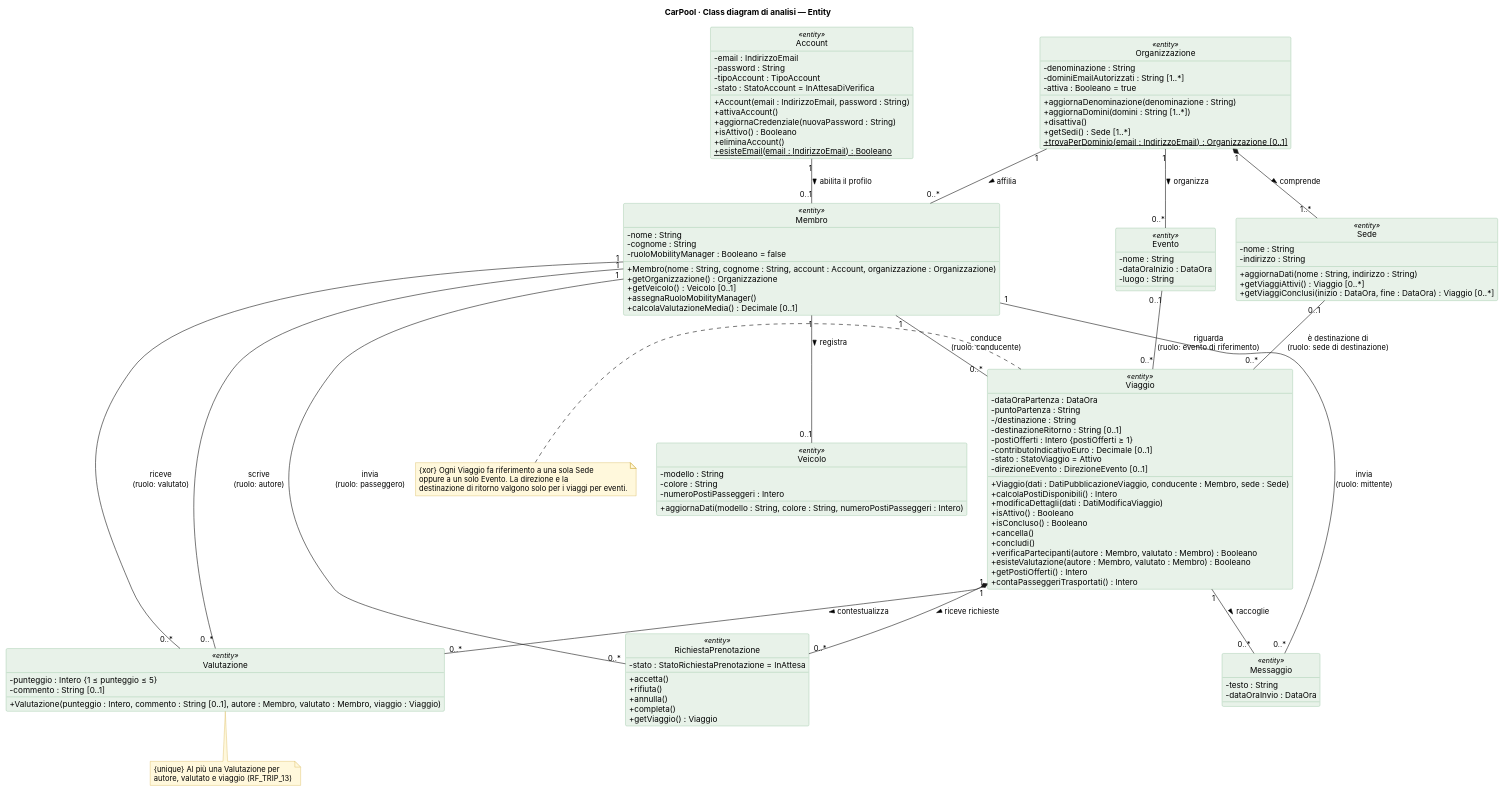
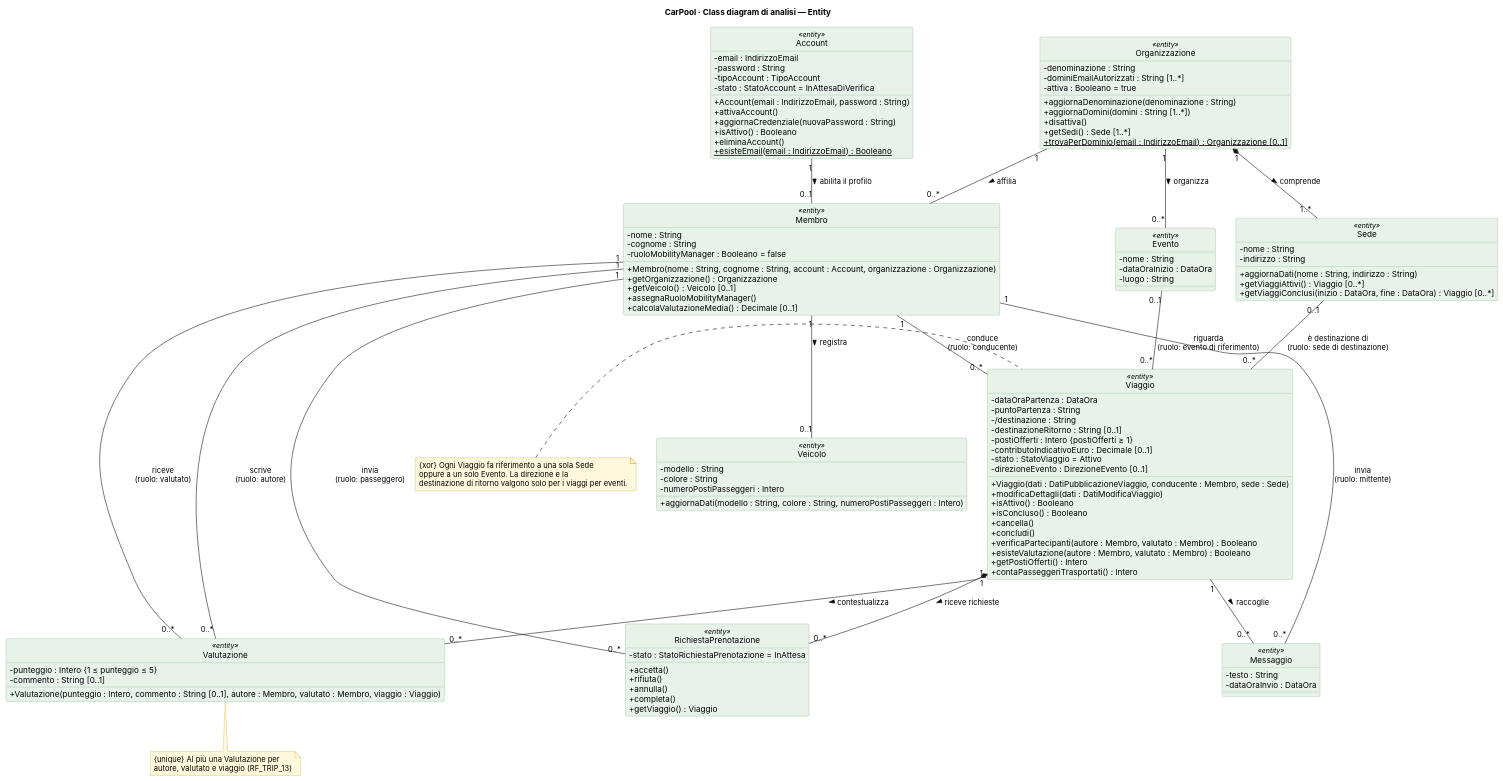
The diagram in docs/modelli/CD_CP_01_Entity.puml (CarPool-C03/CarPool), drawn with PlantUML before and after one commit. The commit also changed 25 other files, not shown here.

```diff
--- a/docs/modelli/CD_CP_01_Entity.puml
+++ b/docs/modelli/CD_CP_01_Entity.puml
@@ -1,142 +1,141 @@
 @startuml CD_CP_01
 ' CarPool · Class diagram di analisi — Entity
 ' Modello del dominio aggiornato a SD_CP_01–06 (operazioni statiche con {static} = sottolineate)
 skinparam shadowing false
 skinparam defaultFontName Inter
 skinparam classAttributeIconSize 0
 skinparam class {
   BackgroundColor<<entity>> #E8F2E9
   BorderColor<<entity>> #79B184
 }
 skinparam note {
   BackgroundColor #FFF8DC
   BorderColor #C9A227
 }
 hide circle
 title CarPool · Class diagram di analisi — Entity
 
 class Organizzazione <<entity>> {
   - denominazione : String
   - dominiEmailAutorizzati : String [1..*]
   - attiva : Booleano = true
   + aggiornaDenominazione(denominazione : String)
   + aggiornaDomini(domini : String [1..*])
   + disattiva()
   + getSedi() : Sede [1..*]
   + {static} trovaPerDominio(email : IndirizzoEmail) : Organizzazione [0..1]
 }
 
 class Evento <<entity>> {
   - nome : String
   - dataOraInizio : DataOra
   - luogo : String
 }
 
 class Account <<entity>> {
   - email : IndirizzoEmail
   - password : String
   - tipoAccount : TipoAccount
   - stato : StatoAccount = InAttesaDiVerifica
   + Account(email : IndirizzoEmail, password : String)
   + attivaAccount()
   + aggiornaCredenziale(nuovaPassword : String)
   + isAttivo() : Booleano
   + eliminaAccount()
   + {static} esisteEmail(email : IndirizzoEmail) : Booleano
 }
 
 class Sede <<entity>> {
   - nome : String
   - indirizzo : String
   + aggiornaDati(nome : String, indirizzo : String)
   + getViaggiAttivi() : Viaggio [0..*]
   + getViaggiConclusi(inizio : DataOra, fine : DataOra) : Viaggio [0..*]
 }
 
 class Membro <<entity>> {
   - nome : String
   - cognome : String
   - ruoloMobilityManager : Booleano = false
   + Membro(nome : String, cognome : String, account : Account, organizzazione : Organizzazione)
   + getOrganizzazione() : Organizzazione
   + getVeicolo() : Veicolo [0..1]
   + assegnaRuoloMobilityManager()
   + calcolaValutazioneMedia() : Decimale [0..1]
 }
 
 class Viaggio <<entity>> {
   - dataOraPartenza : DataOra
   - puntoPartenza : String
   - /destinazione : String
   - destinazioneRitorno : String [0..1]
   - postiOfferti : Intero {postiOfferti ≥ 1}
   - contributoIndicativoEuro : Decimale [0..1]
   - stato : StatoViaggio = Attivo
   - direzioneEvento : DirezioneEvento [0..1]
   + Viaggio(dati : DatiPubblicazioneViaggio, conducente : Membro, sede : Sede)
-  + calcolaPostiDisponibili() : Intero
   + modificaDettagli(dati : DatiModificaViaggio)
   + isAttivo() : Booleano
   + isConcluso() : Booleano
   + cancella()
   + concludi()
   + verificaPartecipanti(autore : Membro, valutato : Membro) : Booleano
   + esisteValutazione(autore : Membro, valutato : Membro) : Booleano
   + getPostiOfferti() : Intero
   + contaPasseggeriTrasportati() : Intero
 }
 
 class Veicolo <<entity>> {
   - modello : String
   - colore : String
   - numeroPostiPasseggeri : Intero
   + aggiornaDati(modello : String, colore : String, numeroPostiPasseggeri : Intero)
 }
 
 class Messaggio <<entity>> {
   - testo : String
   - dataOraInvio : DataOra
 }
 
 class RichiestaPrenotazione <<entity>> {
   - stato : StatoRichiestaPrenotazione = InAttesa
   + accetta()
   + rifiuta()
   + annulla()
   + completa()
   + getViaggio() : Viaggio
 }
 
 class Valutazione <<entity>> {
   - punteggio : Intero {1 ≤ punteggio ≤ 5}
   - commento : String [0..1]
   + Valutazione(punteggio : Intero, commento : String [0..1], autore : Membro, valutato : Membro, viaggio : Viaggio)
 }
 
 Organizzazione "1" -- "0..*" Evento : organizza >
 Organizzazione "1" *-- "1..*" Sede : comprende >
 Organizzazione "1" -- "0..*" Membro : affilia >
 Account "1" -- "0..1" Membro : abilita il profilo >
 Sede "0..1" -- "0..*" Viaggio : è destinazione di\n(ruolo: sede di destinazione)
 Evento "0..1" -- "0..*" Viaggio : riguarda\n(ruolo: evento di riferimento)
 Membro "1" -- "0..*" Viaggio : conduce\n(ruolo: conducente)
 Membro "1" -- "0..1" Veicolo : registra >
 Membro "1" -- "0..*" Messaggio : invia\n(ruolo: mittente)
 Membro "1" -- "0..*" RichiestaPrenotazione : invia\n(ruolo: passeggero)
 Membro "1" -- "0..*" Valutazione : scrive\n(ruolo: autore)
 Membro "1" -- "0..*" Valutazione : riceve\n(ruolo: valutato)
 Viaggio "1" -- "0..*" Messaggio : raccoglie >
 Viaggio "1" *-- "0..*" RichiestaPrenotazione : riceve richieste >
 Viaggio "1" -- "0..*" Valutazione : contestualizza >
 
 note left of Viaggio
   {xor} Ogni Viaggio fa riferimento a una sola Sede
   oppure a un solo Evento. La direzione e la
   destinazione di ritorno valgono solo per i viaggi per eventi.
 end note
 
 note bottom of Valutazione
   {unique} Al più una Valutazione per
   autore, valutato e viaggio (RF_TRIP_13)
 end note
 @enduml
```
